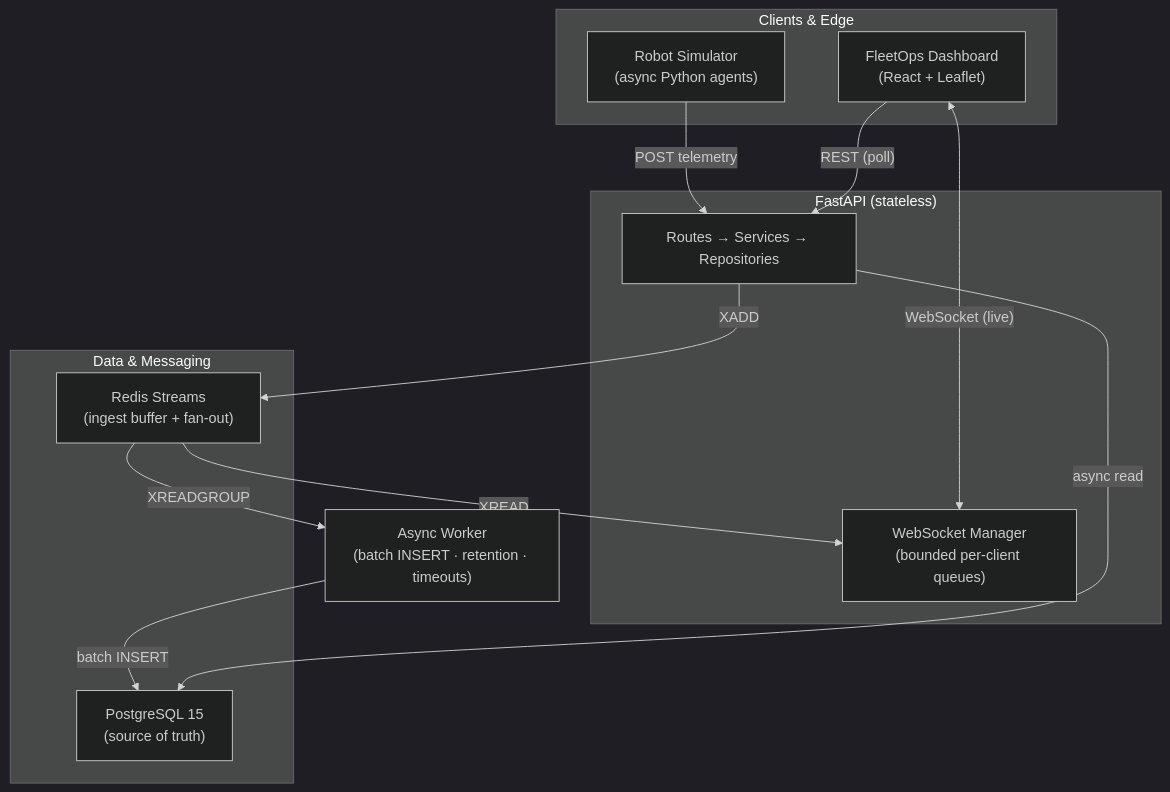
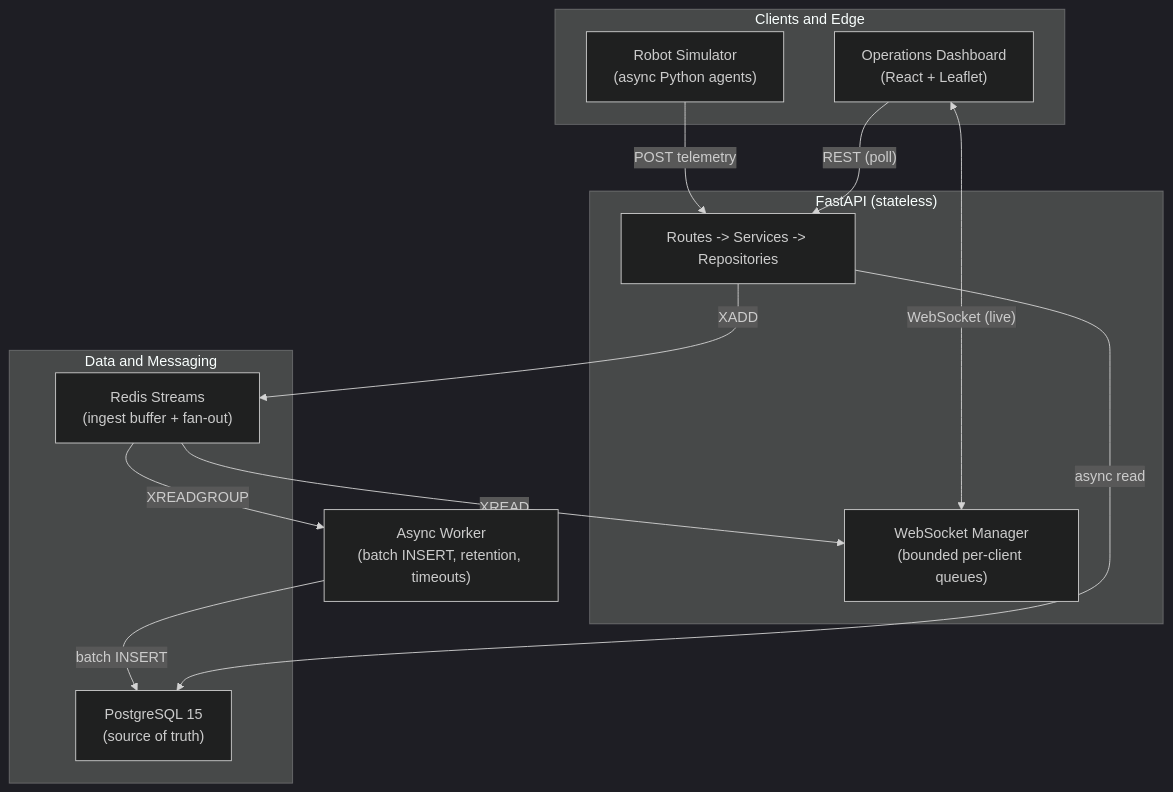
One commit to colin-110/robot-fleet-platform changed the diagram in README.md. Above: the diagram before and after it, drawn with Mermaid (dark theme). The commit also changed other lines of this file, not shown here.

````diff
--- a/README.md
+++ b/README.md
@@ -87,28 +94,28 @@
 ```mermaid
 graph TB
-  subgraph Clients["Clients & Edge"]
+  subgraph Clients["Clients and Edge"]
     SIM["Robot Simulator<br/>(async Python agents)"]
-    DASH["FleetOps Dashboard<br/>(React + Leaflet)"]
+    DASH["Operations Dashboard<br/>(React + Leaflet)"]
   end
 
   subgraph API["FastAPI (stateless)"]
-    ROUTES["Routes → Services → Repositories"]
+    ROUTES["Routes -> Services -> Repositories"]
     WS["WebSocket Manager<br/>(bounded per-client queues)"]
   end
 
-  subgraph Data["Data & Messaging"]
+  subgraph Data["Data and Messaging"]
     REDIS["Redis Streams<br/>(ingest buffer + fan-out)"]
     PG["PostgreSQL 15<br/>(source of truth)"]
   end
 
-  WORKER["Async Worker<br/>(batch INSERT · retention · timeouts)"]
+  WORKER["Async Worker<br/>(batch INSERT, retention, timeouts)"]
 
   SIM -->|"POST telemetry"| ROUTES
   DASH -->|"REST (poll)"| ROUTES
   DASH <-->|"WebSocket (live)"| WS
   ROUTES -->|"XADD"| REDIS
   REDIS -->|"XREADGROUP"| WORKER
   REDIS -->|"XREAD"| WS
   WORKER -->|"batch INSERT"| PG
   ROUTES -->|"async read"| PG
 ```
````
